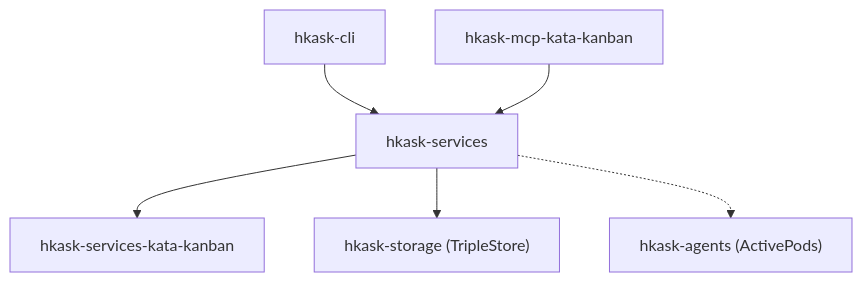
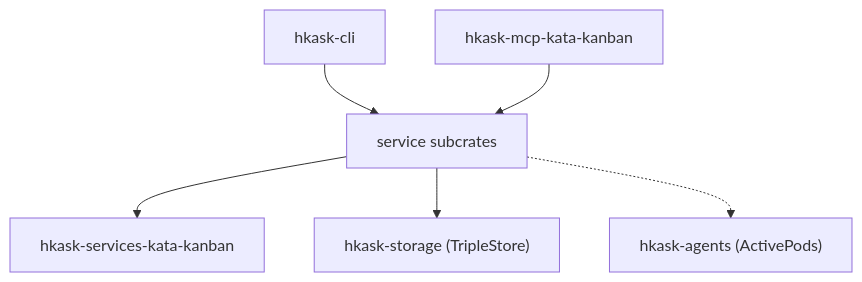
The third of 8 diagrams in docs/architecture/hKask-architecture-master.md (mdz-axo/hKask), drawn with Mermaid before and after one commit. The commit also changed other lines of this file and 44 other files, not shown here.

````diff
--- a/docs/architecture/hKask-architecture-master.md
+++ b/docs/architecture/hKask-architecture-master.md
@@ -891,8 +890,8 @@
 ```mermaid
 graph TD
-    CLI["hkask-cli"] --> SVC["hkask-services"]
+    CLI["hkask-cli"] --> SVC["service subcrates"]
     MCP["hkask-mcp-kata-kanban"] --> SVC
-    SVC --> TYPES["hkask-services-kata-kanban"]
+    SVC --> KATA["hkask-services-kata-kanban"]
     SVC --> STORAGE["hkask-storage (TripleStore)"]
     SVC -.-> AGENTS["hkask-agents (ActivePods)"]
 ```
````
